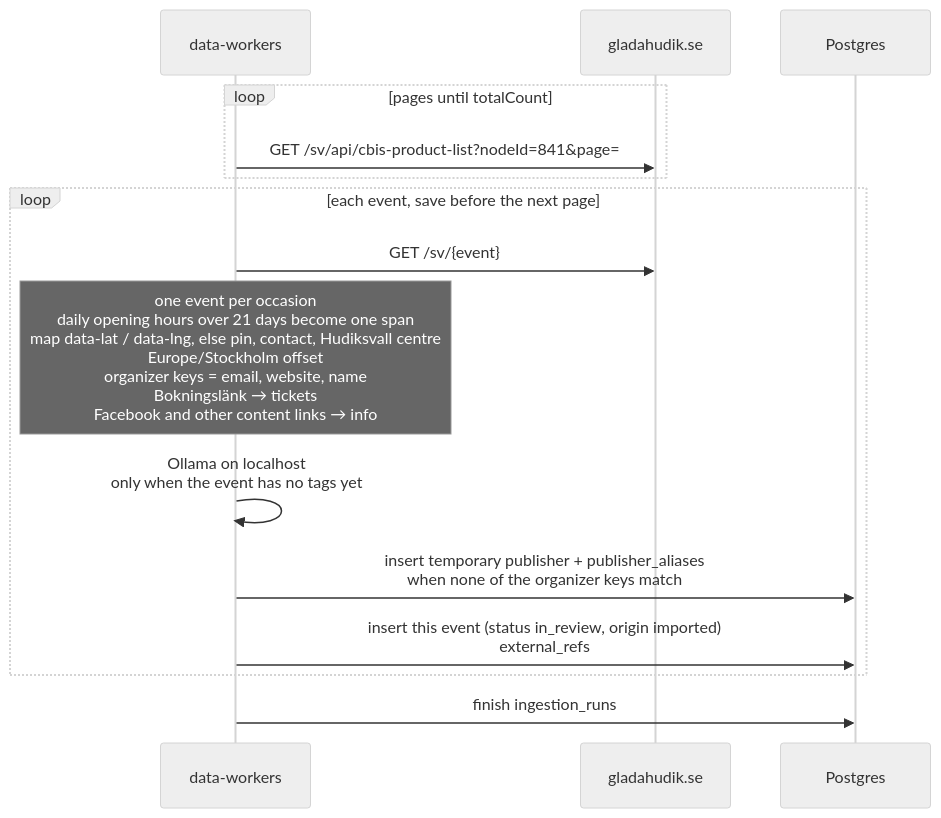
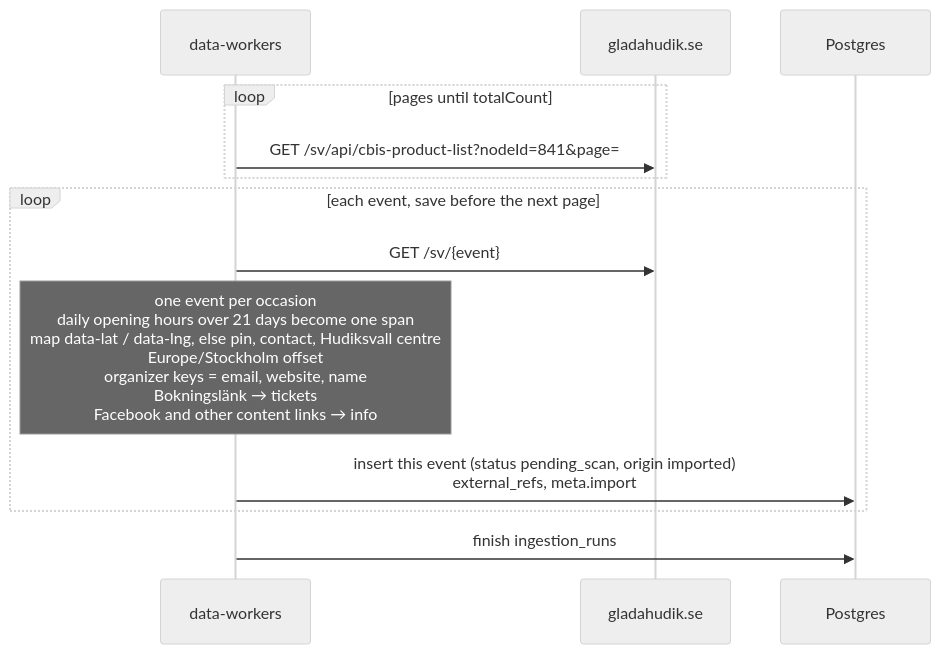
The diagram in docs/flows/glada-hudik.md (BradleySmallbottoms/evently), drawn with Mermaid (neutral theme) before and after one commit. The commit also changed other lines of this file and 51 other files, not shown here.

First line of the commit message:
Save new imports as pending_scan and scan them in a scheduled batch.

````diff
--- a/docs/flows/glada-hudik.md
+++ b/docs/flows/glada-hudik.md
@@ -29,18 +28,16 @@
 ```mermaid
 sequenceDiagram
   participant Runner as data-workers
   participant Site as gladahudik.se
   participant DB as Postgres
 
   loop pages until totalCount
     Runner->>Site: GET /sv/api/cbis-product-list?nodeId=841&page=
   end
   loop each event, save before the next page
     Runner->>Site: GET /sv/{event}
     Note over Runner: one event per occasion<br/>daily opening hours over 21 days become one span<br/>map data-lat / data-lng, else pin, contact, Hudiksvall centre<br/>Europe/Stockholm offset<br/>organizer keys = email, website, name<br/>Bokningslänk → tickets<br/>Facebook and other content links → info
-    Runner->>Runner: Ollama on localhost<br/>only when the event has no tags yet
-    Runner->>DB: insert temporary publisher + publisher_aliases<br/>when none of the organizer keys match
-    Runner->>DB: insert this event (status in_review, origin imported)<br/>external_refs
+    Runner->>DB: insert this event (status pending_scan, origin imported)<br/>external_refs, meta.import
   end
   Runner->>DB: finish ingestion_runs
 ```
````
